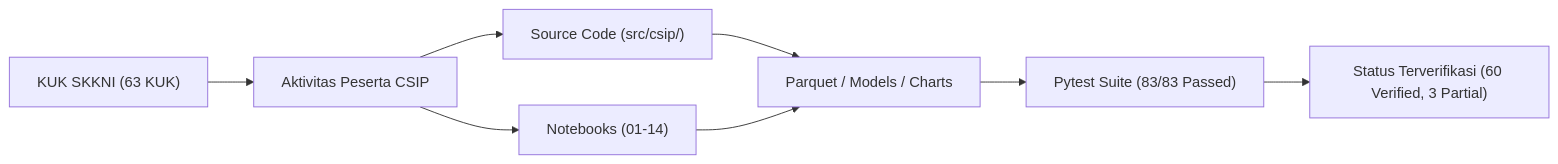
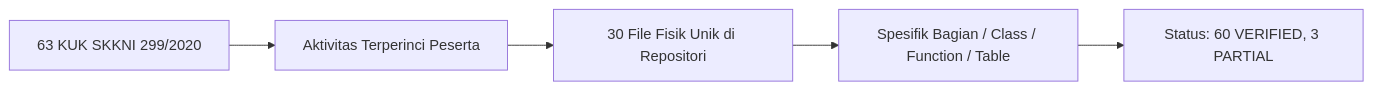
One commit to noorafaelhakimfaudka-droid/Core-Strategy-Intelligence-Platform changed the diagram in reports/evidence/evidence_traceability_matrix.md. Above: the diagram before and after it, drawn with Mermaid. The commit also changed other lines of this file and 12 other files, not shown here.

Commit message:
feat(v5): canonical evidence registry v5 with 30 unique files, zero absolute paths, and test suite 84/84 passed

````diff
--- a/reports/evidence/evidence_traceability_matrix.md
+++ b/reports/evidence/evidence_traceability_matrix.md
@@ -16,9 +16,7 @@
 ```mermaid
 flowchart LR
-    KUK["KUK SKKNI (63 KUK)"] --> Act["Aktivitas Peserta CSIP"]
-    Act --> Code["Source Code (src/csip/)"]
-    Act --> NB["Notebooks (01-14)"]
-    Code & NB --> Output["Parquet / Models / Charts"]
-    Output --> Test["Pytest Suite (83/83 Passed)"]
-    Test --> Status["Status Terverifikasi (60 Verified, 3 Partial)"]
+    KUK["63 KUK SKKNI 299/2020"] --> Act["Aktivitas Terperinci Peserta"]
+    Act --> Files["30 File Fisik Unik di Repositori"]
+    Files --> Scope["Spesifik Bagian / Class / Function / Table"]
+    Scope --> Status["Status: 60 VERIFIED, 3 PARTIAL"]
 ```
````
